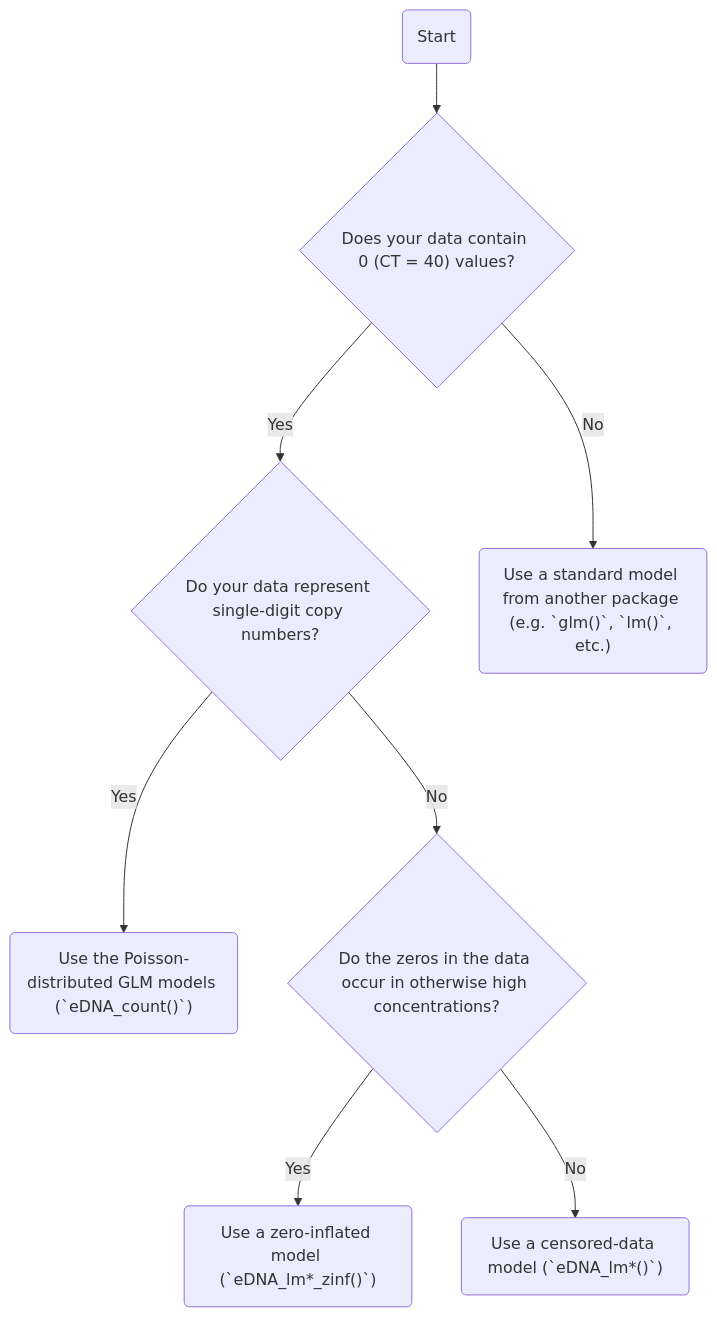
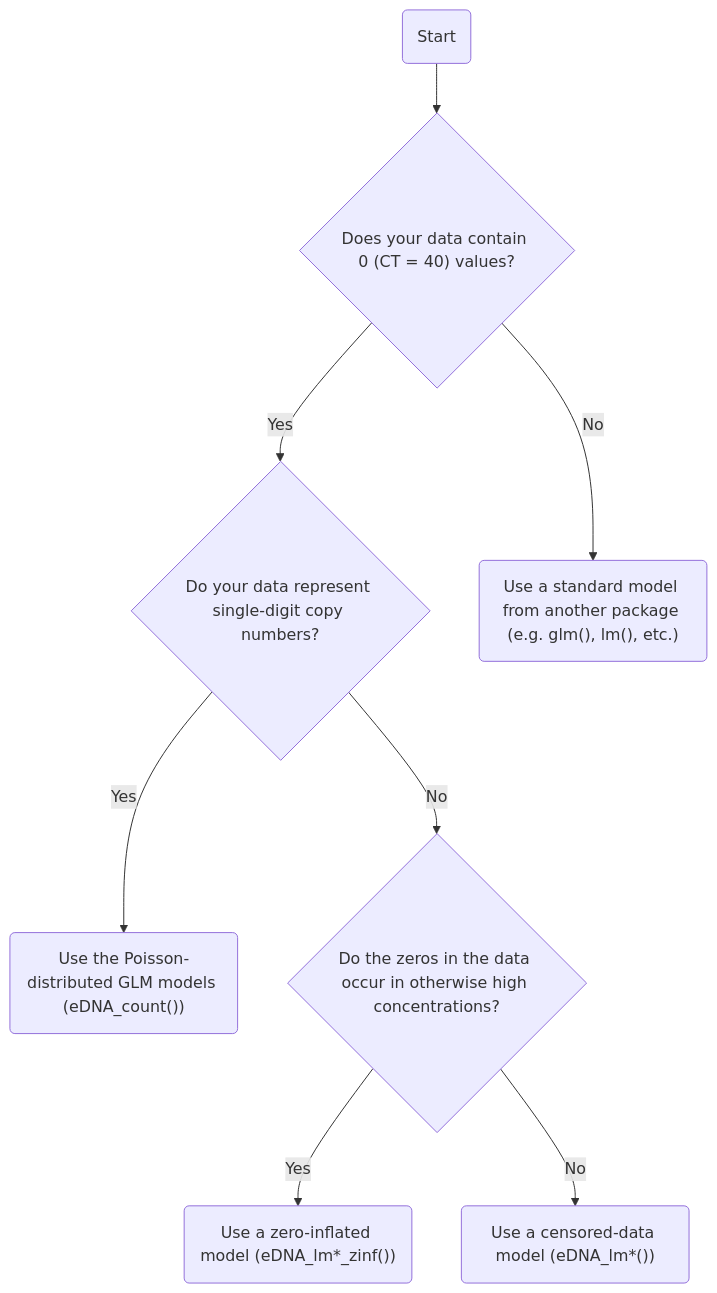
The diagram in vignettes/flowchart.md (fishsciences/artemis), drawn with Mermaid before and after one commit.

Commit message:
Remove ticks.

````diff
--- a/vignettes/flowchart.md
+++ b/vignettes/flowchart.md
@@ -1,11 +1,11 @@
 ```mermaid
 graph TD;
   A(Start) --> B{"Does your data contain 0 (CT = 40) values?"};
   B -->|Yes| C{"Do your data represent single-digit copy numbers?"};
-  B -->|No| D("Use a standard model from another package (e.g. `glm()`, `lm()`, etc.)");
-  C -->|Yes| E("Use the Poisson-distributed GLM models (`eDNA_count()`)");
+  B -->|No| D("Use a standard model from another package (e.g. glm(), lm(), etc.)");
+  C -->|Yes| E("Use the Poisson-distributed GLM models (eDNA_count())");
   C -->|No| F{"Do the zeros in the data occur in otherwise high concentrations?"};
-  F -->|Yes| G("Use a zero-inflated model (`eDNA_lm*_zinf()`)");
-  F -->|No| H("Use a censored-data model (`eDNA_lm*()`)");
+  F -->|Yes| G("Use a zero-inflated model (eDNA_lm*_zinf())");
+  F -->|No| H("Use a censored-data model (eDNA_lm*())");
   
 ```
````
